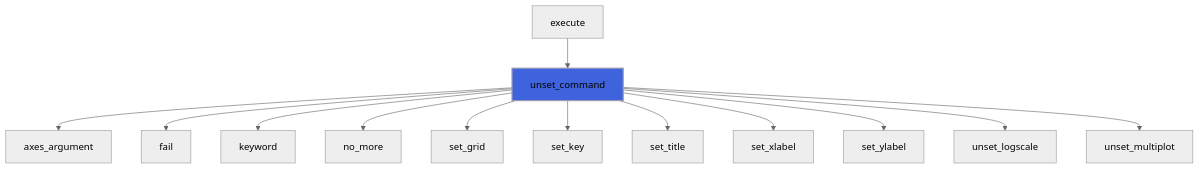
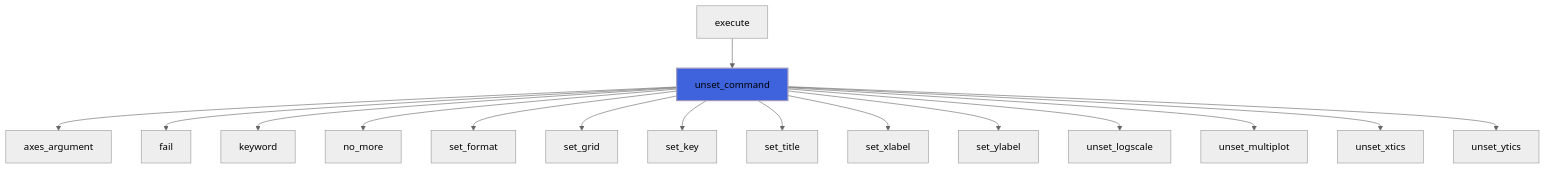
Before and after one commit to szaghi/foresight: the tenth of 30 diagrams in docs/api/src/lib/foresight_script.md, drawn with Mermaid (neutral theme). The commit also changed other lines of this file and 42 other files, not shown here.

````diff
--- a/docs/api/src/lib/foresight_script.md
+++ b/docs/api/src/lib/foresight_script.md
@@ -370,16 +401,19 @@
 ```mermaid
 flowchart TD
   execute["execute"] --> unset_command["unset_command"]
   unset_command["unset_command"] --> axes_argument["axes_argument"]
   unset_command["unset_command"] --> fail["fail"]
   unset_command["unset_command"] --> keyword["keyword"]
   unset_command["unset_command"] --> no_more["no_more"]
+  unset_command["unset_command"] --> set_format["set_format"]
   unset_command["unset_command"] --> set_grid["set_grid"]
   unset_command["unset_command"] --> set_key["set_key"]
   unset_command["unset_command"] --> set_title["set_title"]
   unset_command["unset_command"] --> set_xlabel["set_xlabel"]
   unset_command["unset_command"] --> set_ylabel["set_ylabel"]
   unset_command["unset_command"] --> unset_logscale["unset_logscale"]
   unset_command["unset_command"] --> unset_multiplot["unset_multiplot"]
+  unset_command["unset_command"] --> unset_xtics["unset_xtics"]
+  unset_command["unset_command"] --> unset_ytics["unset_ytics"]
   style unset_command fill:#3e63dd,stroke:#99b,stroke-width:2px
 ```
````
